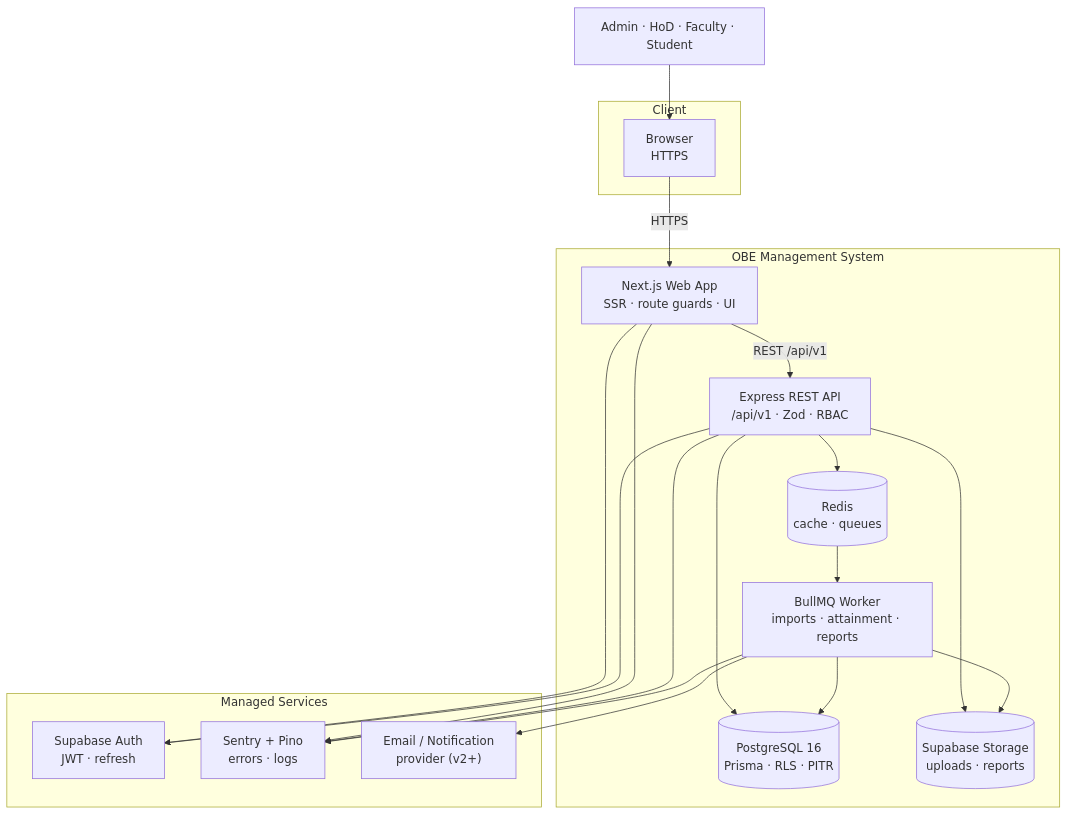
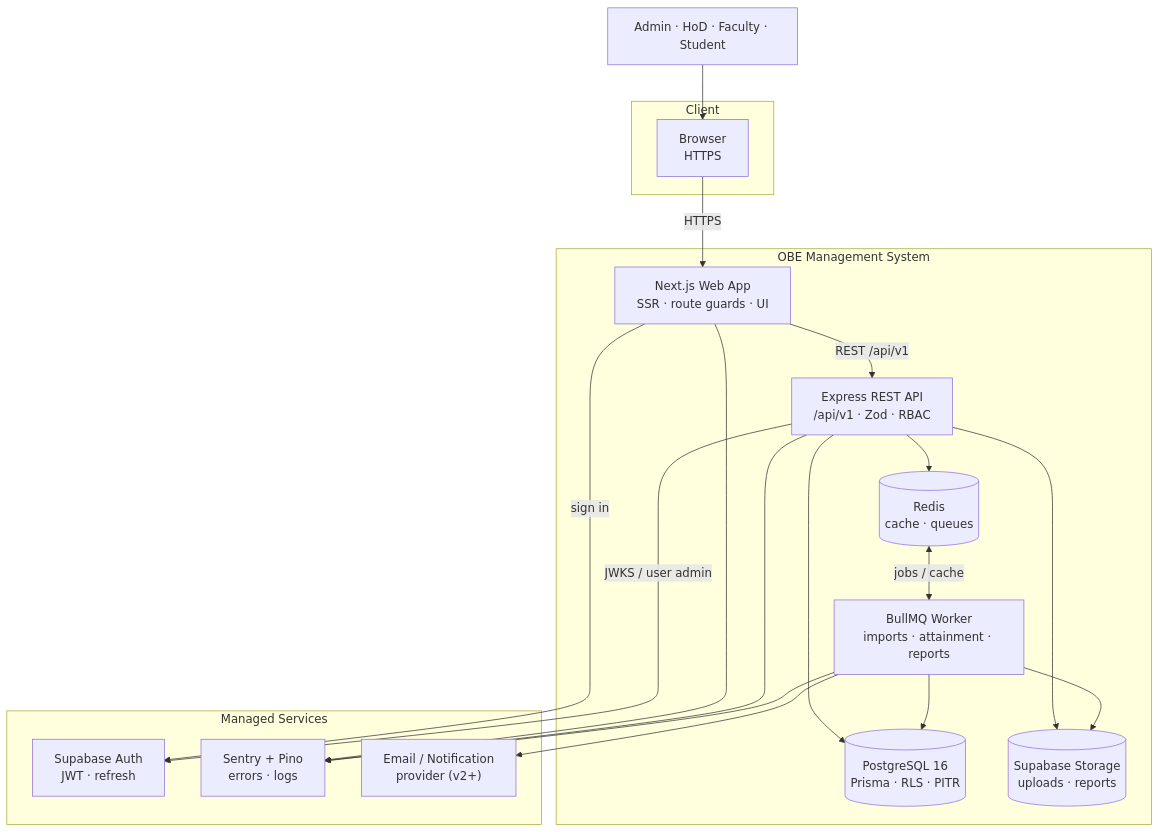
Before and after one commit to harshh-debug/2026-2027_IT-B_20240110085: the first of 4 diagrams in EX9README.md, drawn with Mermaid.

Commit message:
docs: clarify auth and queue boundaries in context diagram

````diff
--- a/EX9README.md
+++ b/EX9README.md
@@ -21,39 +21,39 @@
 ```mermaid
 flowchart TB
     USERS["Admin · HoD · Faculty · Student"]
 
     subgraph CLIENT["Client"]
         BROWSER["Browser<br/>HTTPS"]
     end
 
     subgraph APP["OBE Management System"]
         WEB["Next.js Web App<br/>SSR · route guards · UI"]
         API["Express REST API<br/>/api/v1 · Zod · RBAC"]
         WORKER["BullMQ Worker<br/>imports · attainment · reports"]
         DB[("PostgreSQL 16<br/>Prisma · RLS · PITR")]
         CACHE[("Redis<br/>cache · queues")]
         STORAGE[("Supabase Storage<br/>uploads · reports")]
     end
 
     subgraph EXTERNAL["Managed Services"]
         AUTH["Supabase Auth<br/>JWT · refresh"]
         OBS["Sentry + Pino<br/>errors · logs"]
         MAIL["Email / Notification<br/>provider (v2+)"]
     end
 
     USERS --> BROWSER
     BROWSER -->|HTTPS| WEB
     WEB -->|REST /api/v1| API
-    WEB --> AUTH
-    API --> AUTH
+    WEB -->|sign in| AUTH
+    API -->|JWKS / user admin| AUTH
     API --> DB
     API --> CACHE
     API --> STORAGE
-    CACHE --> WORKER
+    CACHE <-->|jobs / cache| WORKER
     WORKER --> DB
     WORKER --> STORAGE
     WORKER --> MAIL
     WEB --> OBS
     API --> OBS
     WORKER --> OBS
 ```
````
